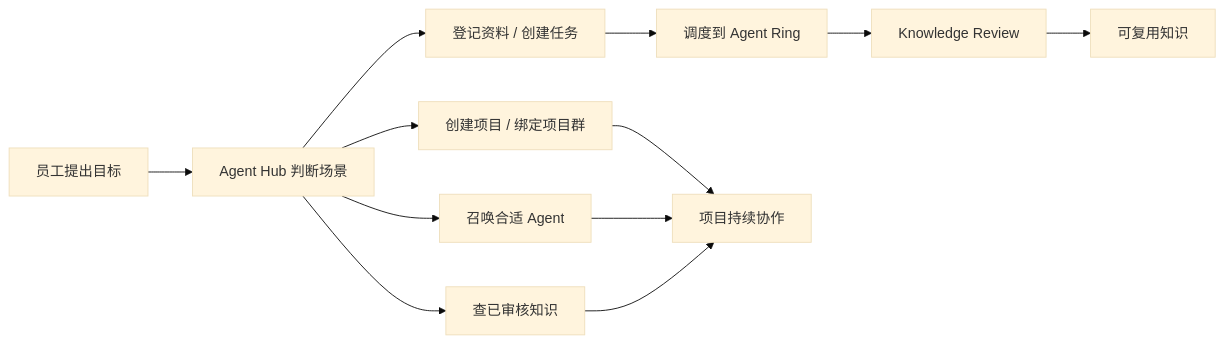
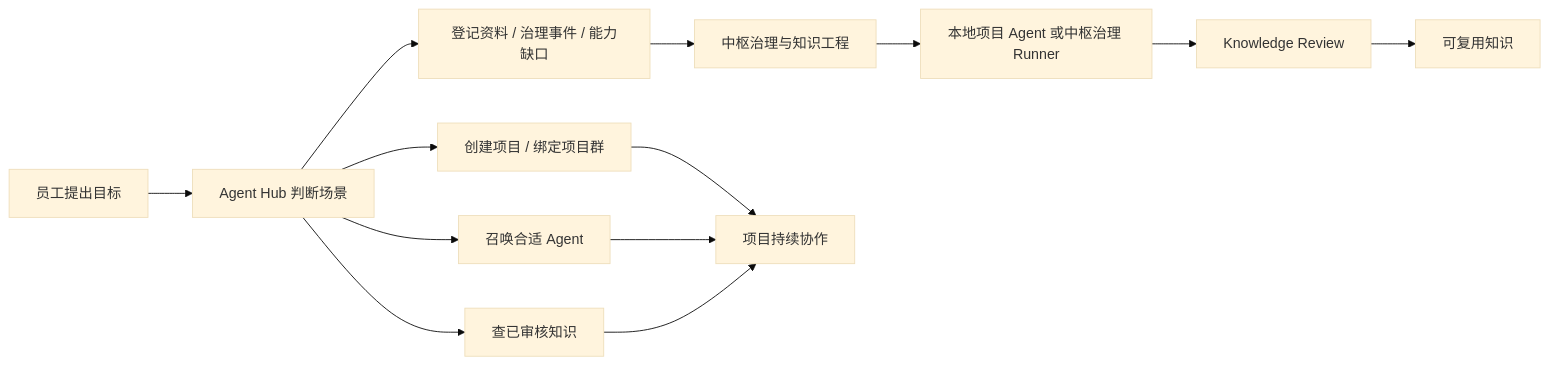
The first of 2 diagrams in docs/guides/agent-hub-user-guide.md (meimei7959/company_knowledge_core), drawn with Mermaid (base theme) before and after one commit. The commit also changed other lines of this file and 3 other files, not shown here.

````diff
--- a/docs/guides/agent-hub-user-guide.md
+++ b/docs/guides/agent-hub-user-guide.md
@@ -24,14 +25,15 @@
 ```mermaid
 flowchart LR
     A["员工提出目标"] --> B["Agent Hub 判断场景"]
     B --> C["创建项目 / 绑定项目群"]
     B --> D["召唤合适 Agent"]
     B --> E["查已审核知识"]
-    B --> F["登记资料 / 创建任务"]
-    F --> G["调度到 Agent Ring"]
-    G --> H["Knowledge Review"]
-    H --> I["可复用知识"]
+    B --> F["登记资料 / 治理事件 / 能力缺口"]
+    F --> G["中枢治理与知识工程"]
+    G --> H["本地项目 Agent 或中枢治理 Runner"]
+    H --> I["Knowledge Review"]
+    I --> K["可复用知识"]
     C --> J["项目持续协作"]
     D --> J
     E --> J
 ```
````
